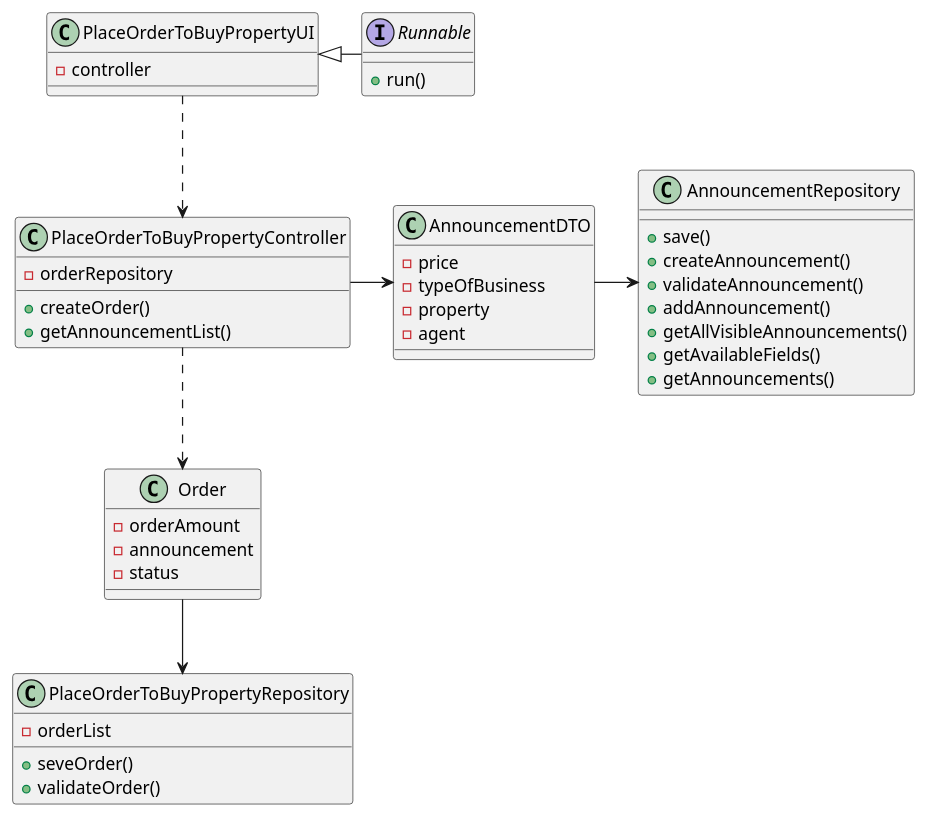
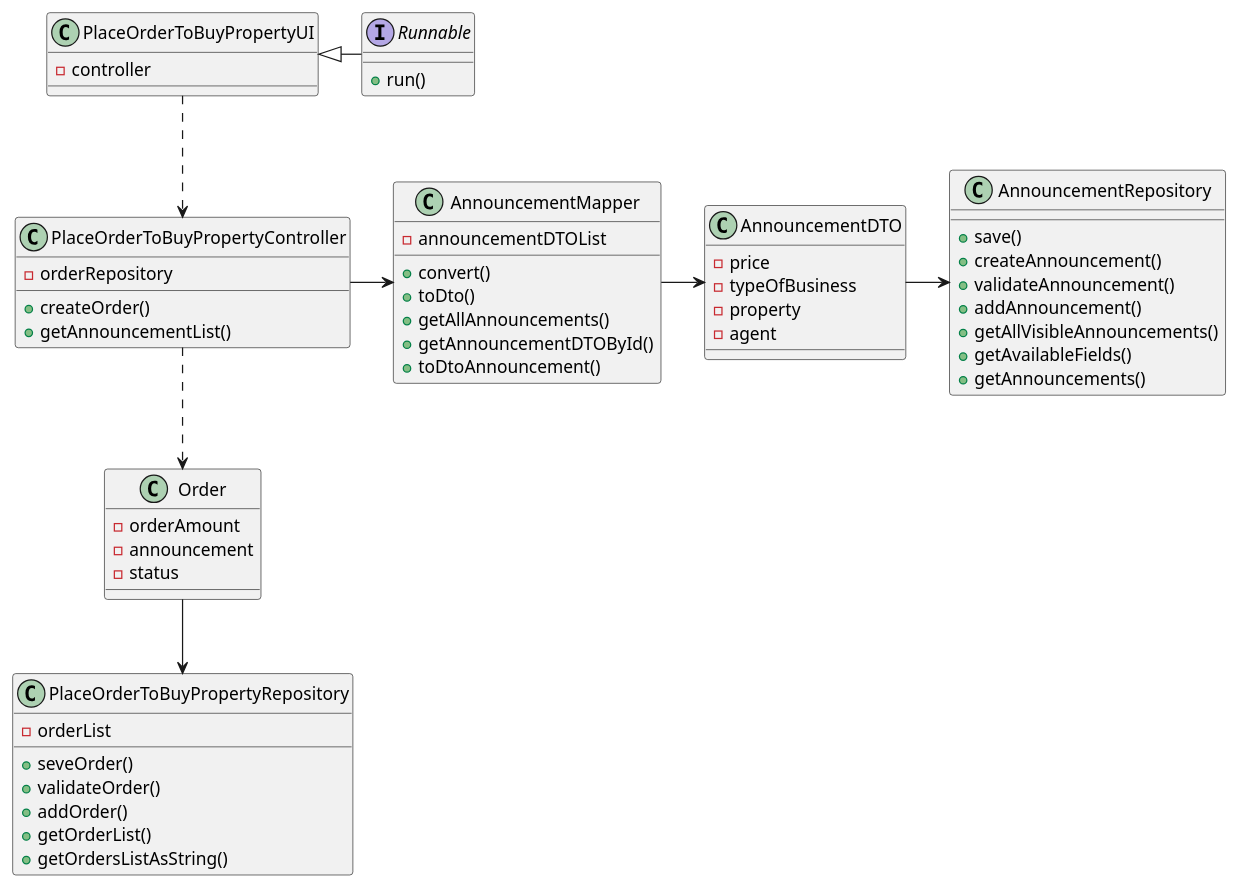
The diagram in docs/sprintC/US010/03.design/puml/CD.puml (tiagohcorreia/LAPR2), drawn with PlantUML before and after one commit. The commit also changed 7 other files, not shown here.

Commit message:
US010 - Class and Sequence diagrams updated

```diff
--- a/docs/sprintC/US010/03.design/puml/CD.puml
+++ b/docs/sprintC/US010/03.design/puml/CD.puml
@@ -1,62 +1,76 @@
 @startuml
 
 interface Runnable {
 
     + run()
 }
 
 class PlaceOrderToBuyPropertyUI {
 
     - controller
 }
 
 class PlaceOrderToBuyPropertyController {
 
     - orderRepository
     + createOrder()
     + getAnnouncementList()
 }
 
 class Order {
 
     - orderAmount
     - announcement
     - status
 }
 
 class PlaceOrderToBuyPropertyRepository {
 
     - orderList
     + seveOrder()
     + validateOrder()
+    + addOrder()
+    + getOrderList()
+    + getOrdersListAsString()
 }
 
 class AnnouncementRepository {
 
     + save()
     + createAnnouncement()
     + validateAnnouncement()
     + addAnnouncement()
     + getAllVisibleAnnouncements()
     + getAvailableFields()
     + getAnnouncements()
 }
 
 class AnnouncementDTO {
 
     - price
     - typeOfBusiness
     - property
     - agent
 }
 
+class AnnouncementMapper {
+
+    - announcementDTOList
+    + convert()
+    + toDto()
+    + getAllAnnouncements()
+    + getAnnouncementDTOById()
+    + toDtoAnnouncement()
+}
+
 
 
 Runnable -left-|> PlaceOrderToBuyPropertyUI
 PlaceOrderToBuyPropertyUI ..> PlaceOrderToBuyPropertyController
-PlaceOrderToBuyPropertyController -> AnnouncementDTO
+PlaceOrderToBuyPropertyController -> AnnouncementMapper
+AnnouncementMapper -> AnnouncementDTO
 AnnouncementDTO -> AnnouncementRepository
 PlaceOrderToBuyPropertyController ..> Order
 Order --> PlaceOrderToBuyPropertyRepository
 
 @enduml
```
